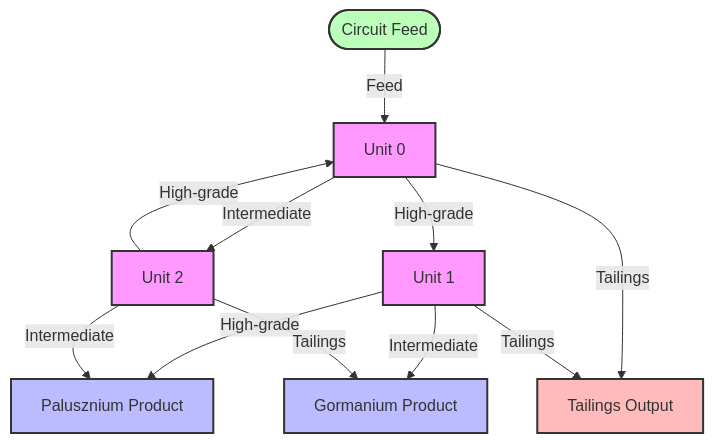
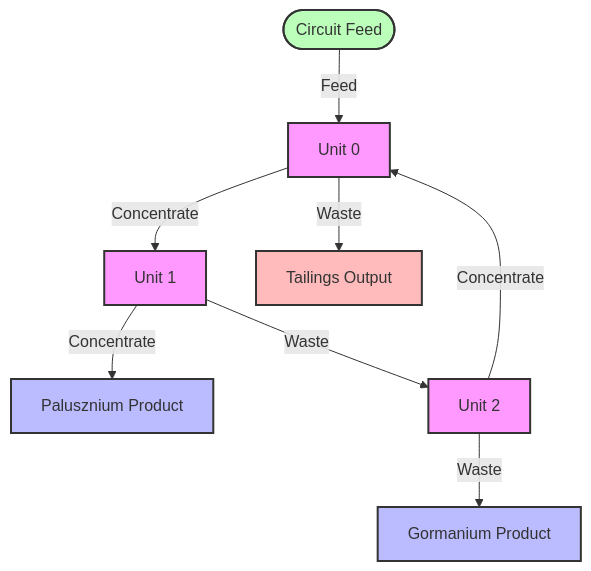
One commit to benedikt-samwer/imperial_genetic_algorithm_group_project changed the first of 4 diagrams in docs/data_structures.md. Above: the diagram before and after it, drawn with Mermaid. The commit also changed other lines of this file and 1 other file, not shown here.

````diff
--- a/docs/data_structures.md
+++ b/docs/data_structures.md
@@ -46,37 +42,34 @@
 ```mermaid
 graph TD;
     %% Define nodes
     Feed([Circuit Feed])
     Unit0[Unit 0]
     Unit1[Unit 1]
     Unit2[Unit 2]
     Palusznium[Palusznium Product]
     Gormanium[Gormanium Product]
     Tailings[Tailings Output]
     
     %% Define connections
     Feed -->|Feed| Unit0
     
-    Unit0 -->|High-grade| Unit1
-    Unit0 -->|Intermediate| Unit2
-    Unit0 -->|Tailings| Tailings
+    Unit0 -->|Concentrate| Unit1
+    Unit0 -->|Waste| Tailings
     
-    Unit1 -->|High-grade| Palusznium
-    Unit1 -->|Intermediate| Gormanium
-    Unit1 -->|Tailings| Tailings
+    Unit1 -->|Concentrate| Palusznium
+    Unit1 -->|Waste| Unit2
     
-    Unit2 -->|High-grade| Unit0
-    Unit2 -->|Intermediate| Palusznium
-    Unit2 -->|Tailings| Gormanium
+    Unit2 -->|Concentrate| Unit0
+    Unit2 -->|Waste| Gormanium
     
     %% Styling
     classDef unit fill:#f9f,stroke:#333,stroke-width:2px;
     classDef product fill:#bbf,stroke:#333,stroke-width:2px;
     classDef feed fill:#bfb,stroke:#333,stroke-width:2px;
     classDef tailings fill:#fbb,stroke:#333,stroke-width:2px;
     
     class Unit0,Unit1,Unit2 unit;
     class Palusznium,Gormanium product;
     class Feed feed;
     class Tailings tailings;
 ```
````
